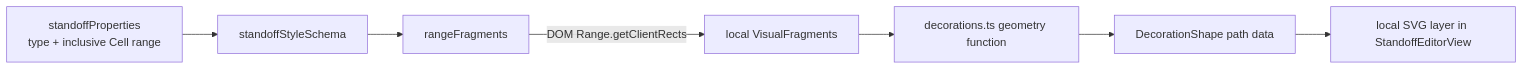
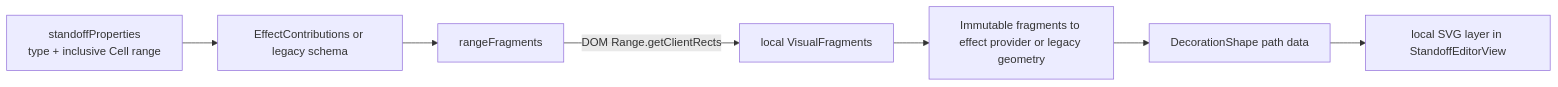
Before and after one commit to argimenes/speedy-ts-reactive: the diagram in docs/architecture/SVG_AND_OVERLAYS.md, drawn with Mermaid. The commit also changed other lines of this file and 15 other files, not shown here.

````diff
--- a/docs/architecture/SVG_AND_OVERLAYS.md
+++ b/docs/architecture/SVG_AND_OVERLAYS.md
@@ -17,9 +17,9 @@
 ```mermaid
 flowchart LR
-  A[standoffProperties\ntype + inclusive Cell range] --> S[standoffStyleSchema]
+  A[standoffProperties\ntype + inclusive Cell range] --> S[EffectContributions or legacy schema]
   S --> R[rangeFragments]
   R -->|DOM Range.getClientRects| F[local VisualFragments]
-  F --> G[decorations.ts geometry function]
+  F --> G[Immutable fragments to effect provider or legacy geometry]
   G --> P[DecorationShape path data]
   P --> L[local SVG layer in StandoffEditorView]
 ```
````
